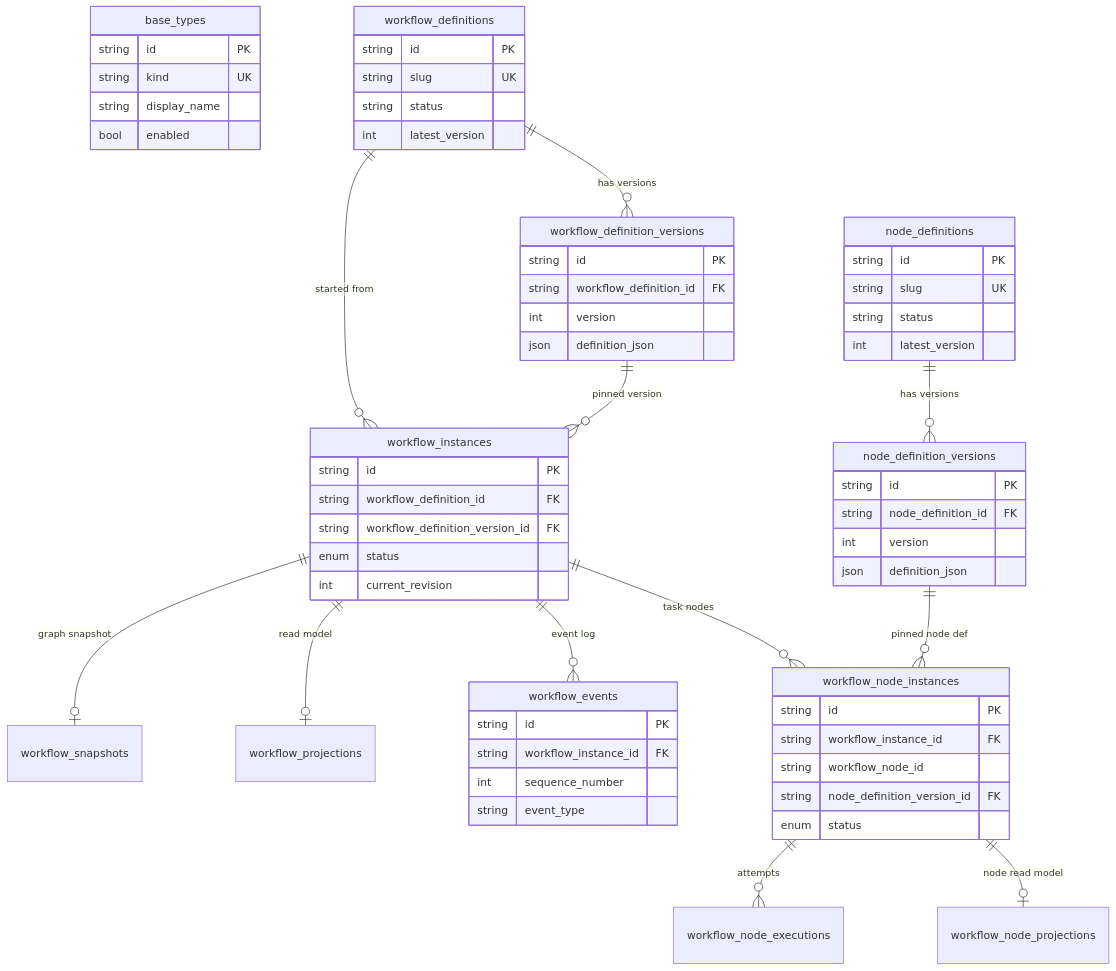
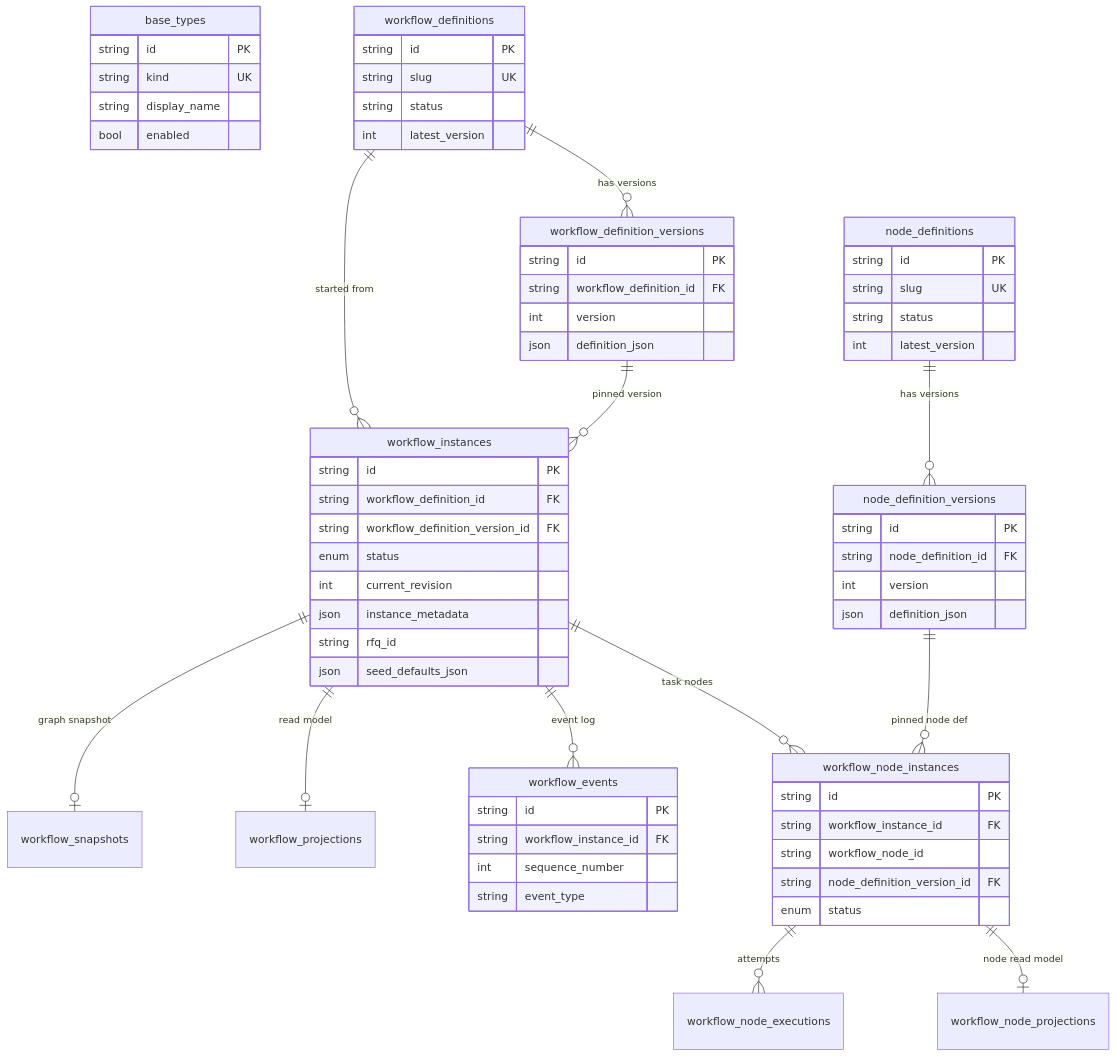
The diagram in docs/DATABASE.md (krunalKadamSSK/workfllow-execution), drawn with Mermaid before and after one commit. The commit also changed other lines of this file and 3 other files, not shown here.

First line of the commit message:
Update README and documentation for enhanced backup features and database schema

````diff
--- a/docs/DATABASE.md
+++ b/docs/DATABASE.md
@@ -11,76 +11,79 @@
 ```mermaid
 erDiagram
     base_types
 
     node_definitions ||--o{ node_definition_versions : "has versions"
     workflow_definitions ||--o{ workflow_definition_versions : "has versions"
     workflow_definitions ||--o{ workflow_instances : "started from"
     workflow_definition_versions ||--o{ workflow_instances : "pinned version"
 
     workflow_instances ||--o| workflow_snapshots : "graph snapshot"
     workflow_instances ||--o| workflow_projections : "read model"
     workflow_instances ||--o{ workflow_events : "event log"
     workflow_instances ||--o{ workflow_node_instances : "task nodes"
 
     node_definition_versions ||--o{ workflow_node_instances : "pinned node def"
     workflow_node_instances ||--o{ workflow_node_executions : "attempts"
     workflow_node_instances ||--o| workflow_node_projections : "node read model"
 
     base_types {
         string id PK
         string kind UK
         string display_name
         bool enabled
     }
 
     node_definitions {
         string id PK
         string slug UK
         string status
         int latest_version
     }
 
     node_definition_versions {
         string id PK
         string node_definition_id FK
         int version
         json definition_json
     }
 
     workflow_definitions {
         string id PK
         string slug UK
         string status
         int latest_version
     }
 
     workflow_definition_versions {
         string id PK
         string workflow_definition_id FK
         int version
         json definition_json
     }
 
     workflow_instances {
         string id PK
         string workflow_definition_id FK
         string workflow_definition_version_id FK
         enum status
         int current_revision
+        json instance_metadata
+        string rfq_id
+        json seed_defaults_json
     }
 
     workflow_node_instances {
         string id PK
         string workflow_instance_id FK
         string workflow_node_id
         string node_definition_version_id FK
         enum status
     }
 
     workflow_events {
         string id PK
         string workflow_instance_id FK
         int sequence_number
         string event_type
     }
 ```
````
